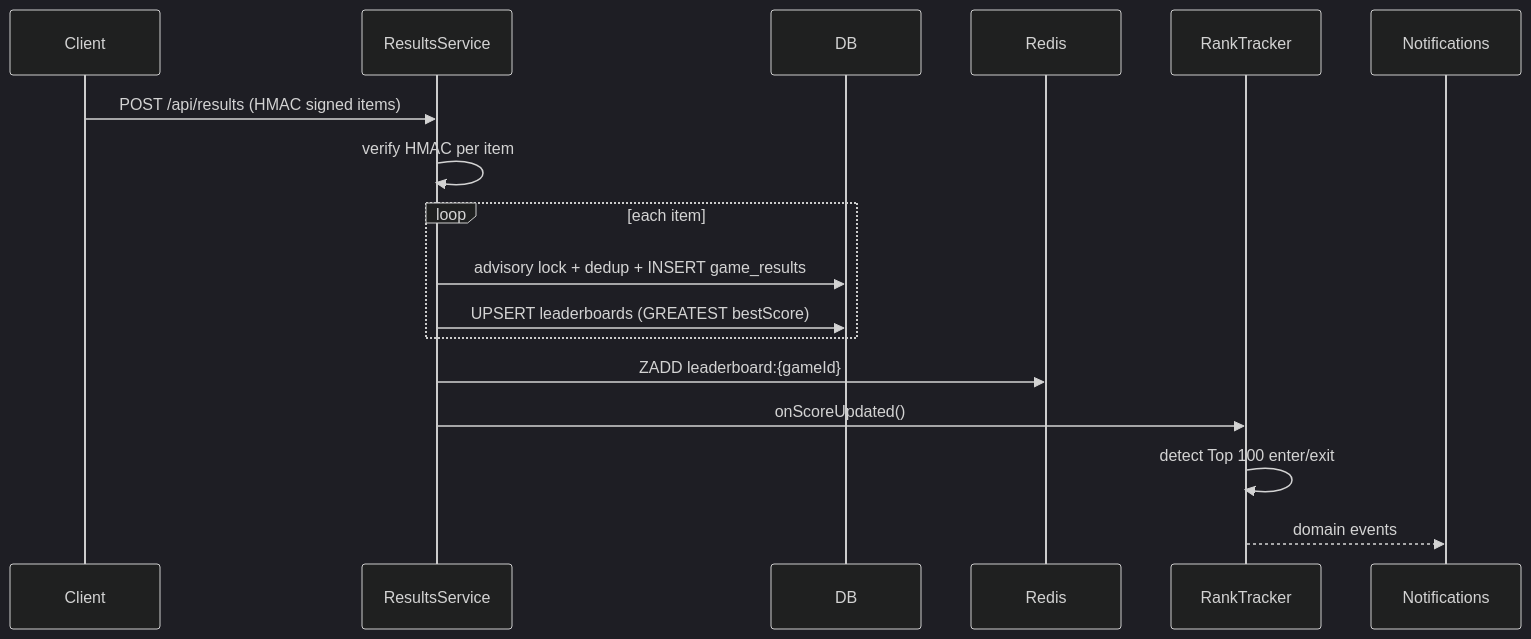
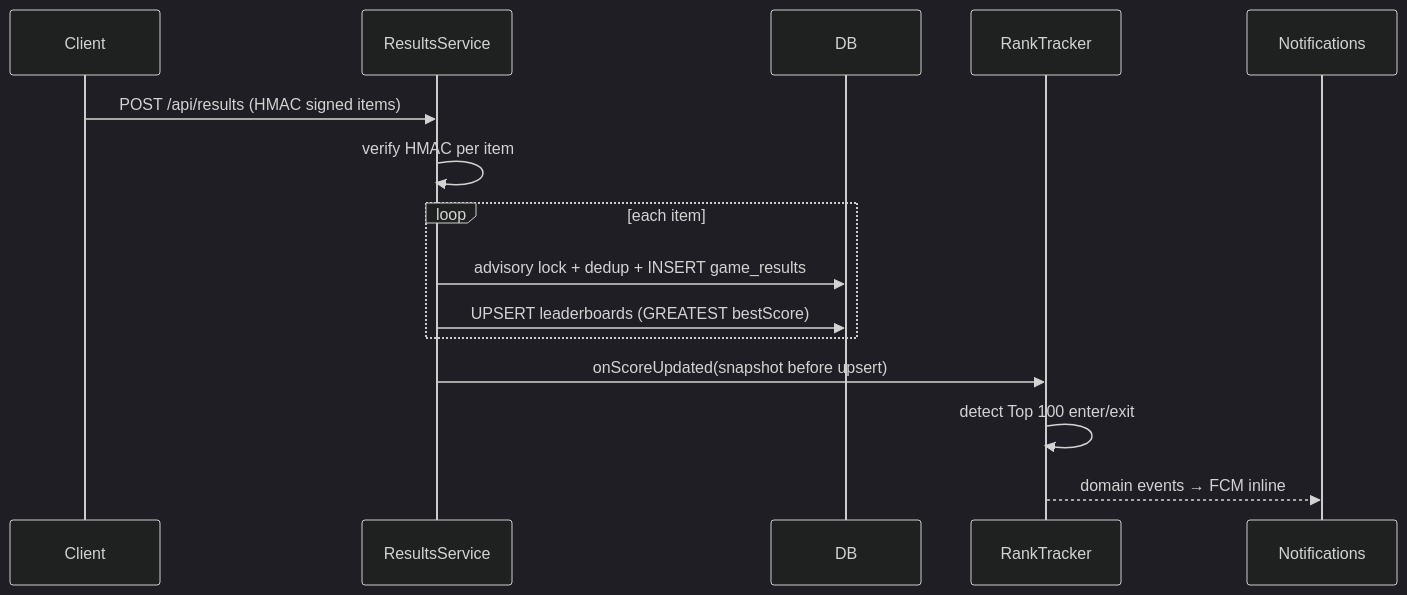
One commit to kevinvuong-mim/game-api changed the second of 3 diagrams in documents/architecture/overview.md. Above: the diagram before and after it, drawn with Mermaid (dark theme). The commit also changed other lines of this file and 47 other files, not shown here.

````diff
--- a/documents/architecture/overview.md
+++ b/documents/architecture/overview.md
@@ -71,19 +72,17 @@
 ```mermaid
 sequenceDiagram
     participant Client
     participant ResultsService
     participant DB
-    participant Redis
     participant RankTracker
 
     Client->>ResultsService: POST /api/results (HMAC signed items)
     ResultsService->>ResultsService: verify HMAC per item
     loop each item
         ResultsService->>DB: advisory lock + dedup + INSERT game_results
         ResultsService->>DB: UPSERT leaderboards (GREATEST bestScore)
     end
-    ResultsService->>Redis: ZADD leaderboard:{gameId}
-    ResultsService->>RankTracker: onScoreUpdated()
+    ResultsService->>RankTracker: onScoreUpdated(snapshot before upsert)
     RankTracker->>RankTracker: detect Top 100 enter/exit
-    RankTracker-->>Notifications: domain events
+    RankTracker-->>Notifications: domain events → FCM inline
 ```
````
